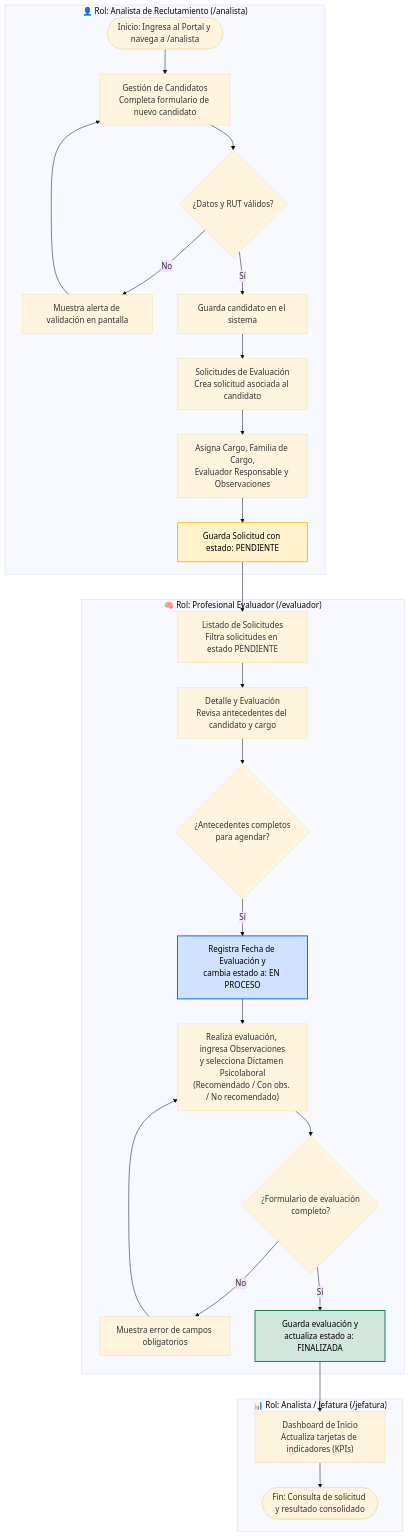
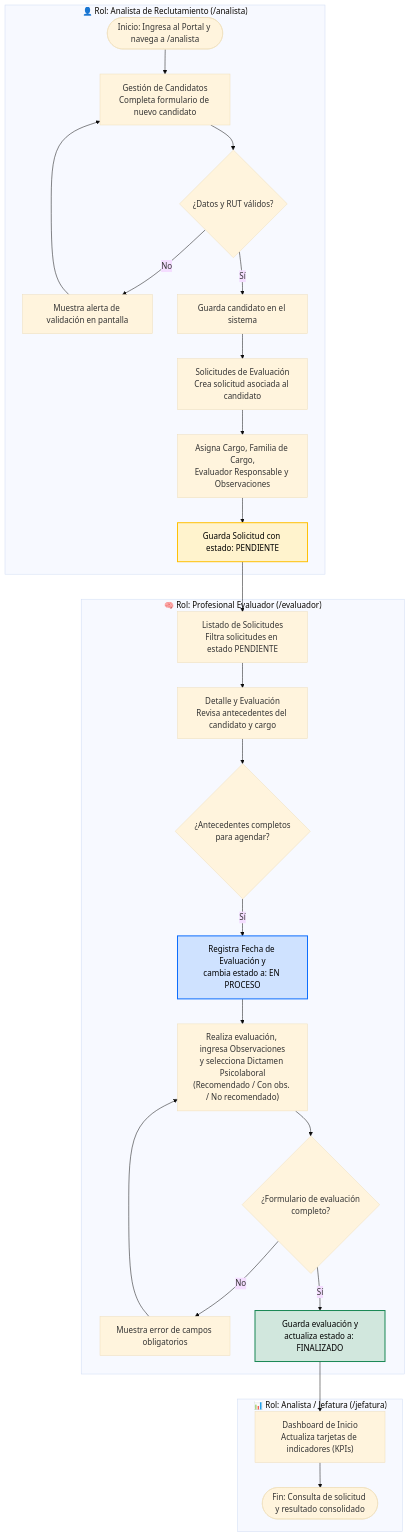
The diagram in README.md (ruke-duoc-uc/Aqua-Contratos), drawn with Mermaid (base theme) before and after one commit. The commit also changed other lines of this file and 16 other files, not shown here.

````diff
--- a/README.md
+++ b/README.md
@@ -84,35 +83,34 @@
 ```mermaid
 flowchart TD
     subgraph Analista ["👤 Rol: Analista de Reclutamiento (/analista)"]
         A(["Inicio: Ingresa al Portal y navega a /analista"]) --> B["Gestión de Candidatos<br/>Completa formulario de nuevo candidato"]
         B --> C{"¿Datos y RUT válidos?"}
         C -- "No" --> D["Muestra alerta de validación en pantalla"]
         D --> B
         C -- "Sí" --> E["Guarda candidato en el sistema"]
         E --> F["Solicitudes de Evaluación<br/>Crea solicitud asociada al candidato"]
         F --> G["Asigna Cargo, Familia de Cargo,<br/>Evaluador Responsable y Observaciones"]
         G --> H["Guarda Solicitud con estado: PENDIENTE"]
     end
 
     subgraph Evaluador ["🧠 Rol: Profesional Evaluador (/evaluador)"]
         H --> I["Listado de Solicitudes<br/>Filtra solicitudes en estado PENDIENTE"]
         I --> J["Detalle y Evaluación<br/>Revisa antecedentes del candidato y cargo"]
         J --> K{"¿Antecedentes completos<br/>para agendar?"}
         K -- "Sí" --> L["Registra Fecha de Evaluación y<br/>cambia estado a: EN PROCESO"]
         L --> M["Realiza evaluación, ingresa Observaciones<br/>y selecciona Dictamen Psicolaboral<br/>(Recomendado / Con obs. / No recomendado)"]
         M --> N{"¿Formulario de evaluación<br/>completo?"}
         N -- "No" --> O["Muestra error de campos obligatorios"]
         O --> M
-        N -- "Sí" --> P["Guarda evaluación y<br/>actualiza estado a: FINALIZADA"]
+        N -- "Sí" --> P["Guarda evaluación y<br/>actualiza estado a: FINALIZADO"]
     end
 
     subgraph Consulta ["📊 Rol: Analista / Jefatura (/jefatura)"]
         P --> Q["Dashboard de Inicio<br/>Actualiza tarjetas de indicadores (KPIs)"]
         Q --> R(["Fin: Consulta de solicitud y resultado consolidado"])
     end
 
-    %% Estilos visuales para estados clave
     style H fill:#fff3cd,stroke:#ffc107,stroke-width:2px,color:#000
     style L fill:#cfe2ff,stroke:#0d6efd,stroke-width:2px,color:#000
     style P fill:#d1e7dd,stroke:#198754,stroke-width:2px,color:#000
 ```
````
